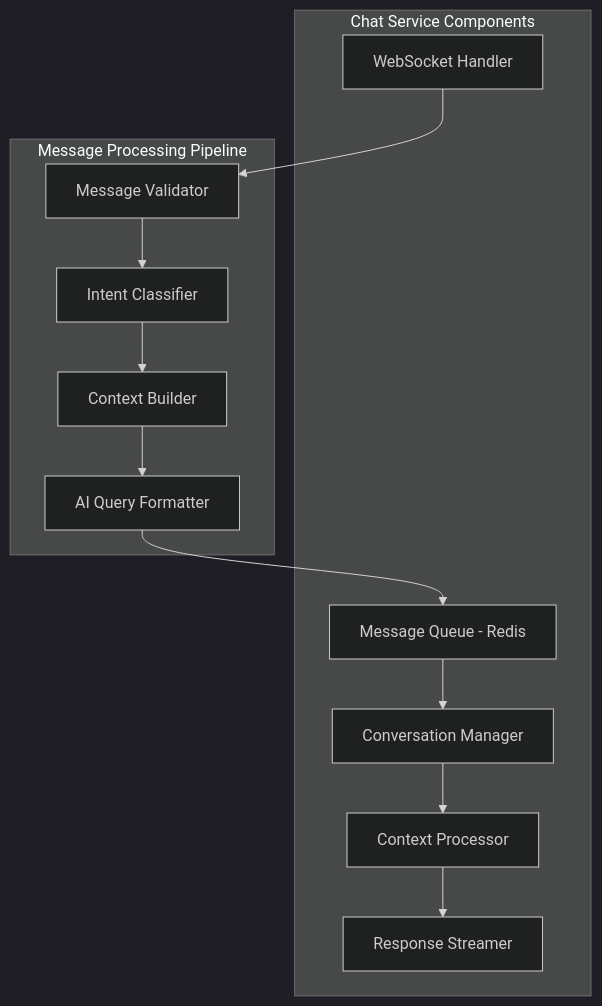
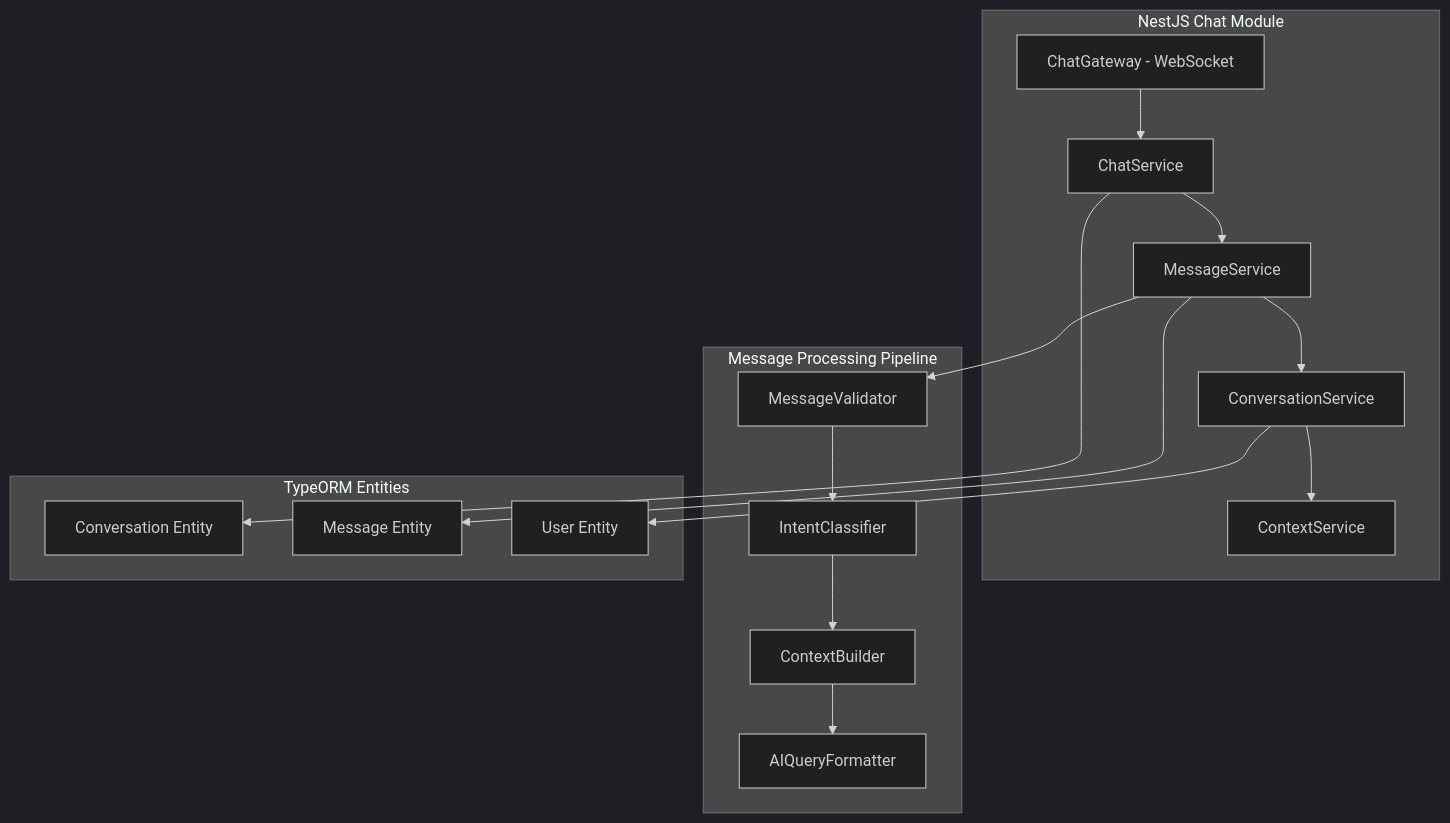
Before and after one commit to sakibrahmanchy/markopolo-ai-fullstack-challenge: the third of 9 diagrams in docs/system-design.md, drawn with Mermaid (dark theme). The commit also changed other lines of this file and 3 other files, not shown here.

````diff
--- a/docs/system-design.md
+++ b/docs/system-design.md
@@ -156,26 +152,35 @@
 ```mermaid
 graph TB
-    subgraph "Chat Service Components"
-        A[WebSocket Handler]
-        B[Message Queue - Redis]
-        C[Conversation Manager]
-        D[Context Processor]
-        E[Response Streamer]
+    subgraph "NestJS Chat Module"
+        A[ChatGateway - WebSocket]
+        B[ChatService]
+        C[MessageService]
+        D[ConversationService]
+        E[ContextService]
     end
     
     subgraph "Message Processing Pipeline"
-        F[Message Validator]
-        G[Intent Classifier]
-        H[Context Builder]
-        I[AI Query Formatter]
+        F[MessageValidator]
+        G[IntentClassifier]
+        H[ContextBuilder]
+        I[AIQueryFormatter]
     end
     
-    A --> F
+    subgraph "TypeORM Entities"
+        J[Conversation Entity]
+        K[Message Entity]
+        L[User Entity]
+    end
+    
+    A --> B
+    B --> C
+    C --> D
+    D --> E
+    C --> F
     F --> G
     G --> H
     H --> I
-    I --> B
-    B --> C
-    C --> D
-    D --> E
+    B --> J
+    C --> K
+    D --> L
 ```
````
